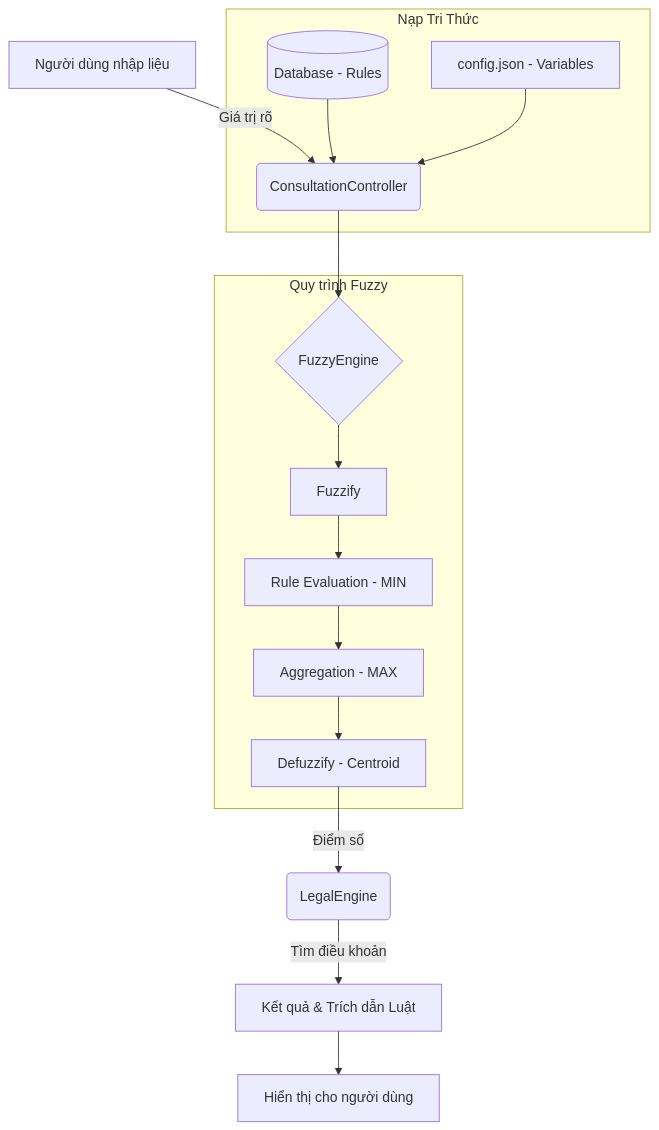
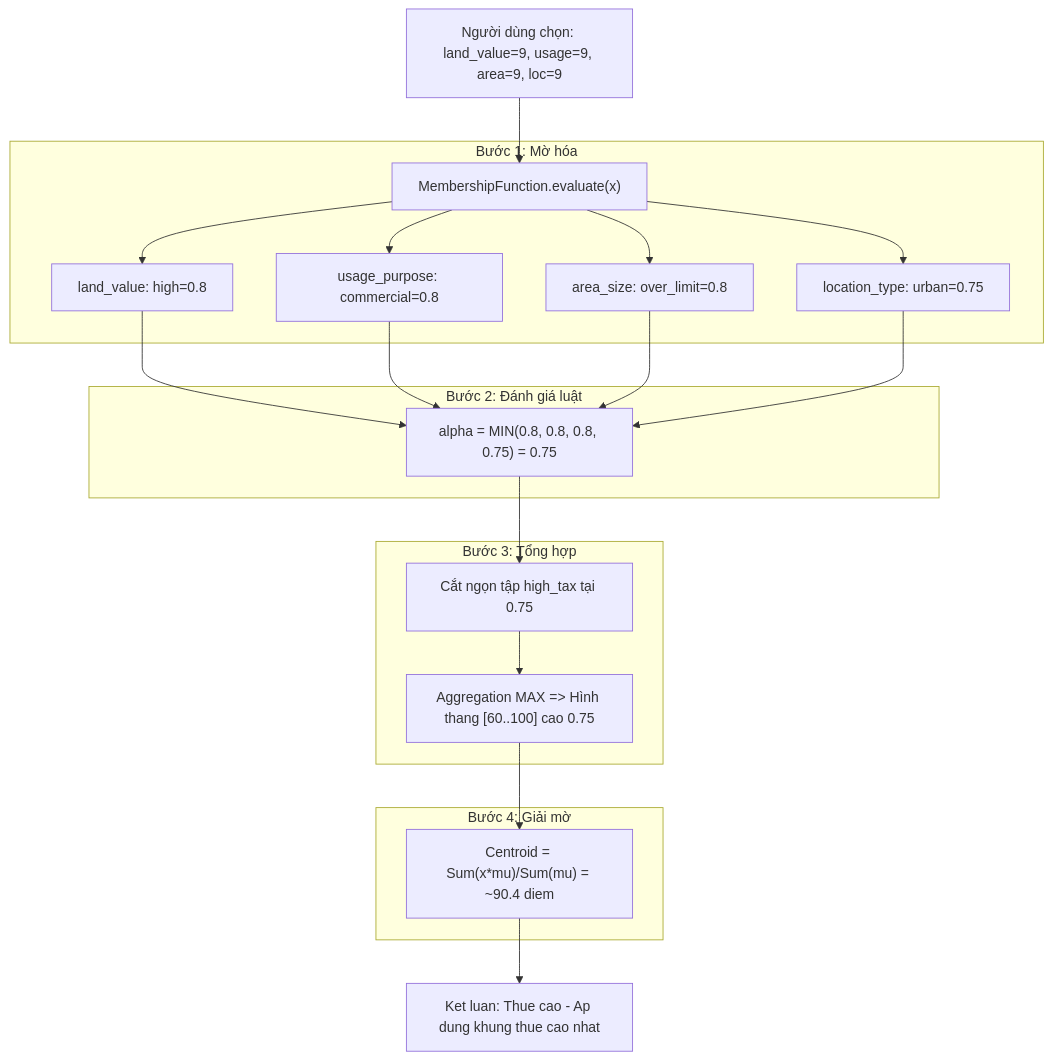
One commit to ksorkhanh/H-chuy-n-gia-t-v-n-t-ai changed the diagram in engines/LUONG_SUY_DIEN.md. Above: the diagram before and after it, drawn with Mermaid. The commit also changed other lines of this file, not shown here.

````diff
--- a/engines/LUONG_SUY_DIEN.md
+++ b/engines/LUONG_SUY_DIEN.md
@@ -83,22 +185,26 @@
 ```mermaid
 graph TD
-    A[Người dùng nhập liệu] -->|Giá trị rõ| B(ConsultationController)
-    
-    subgraph "Nạp Tri Thức"
-        C[(Database - Rules)] --> B
-        D[config.json - Variables] --> B
+    A["Người dùng chọn: land_value=9, usage=9, area=9, loc=9"] --> B
+
+    subgraph "Bước 1: Mờ hóa"
+        B["MembershipFunction.evaluate(x)"] --> C["land_value: high=0.8"]
+        B --> D["usage_purpose: commercial=0.8"]
+        B --> E["area_size: over_limit=0.8"]
+        B --> F["location_type: urban=0.75"]
     end
 
-    B --> E{FuzzyEngine}
-    
-    subgraph "Quy trình Fuzzy"
-        E --> F[Fuzzify]
-        F --> G[Rule Evaluation - MIN]
-        G --> H[Aggregation - MAX]
-        H --> I[Defuzzify - Centroid]
+    subgraph "Bước 2: Đánh giá luật"
+        C & D & E & F --> G["alpha = MIN(0.8, 0.8, 0.8, 0.75) = 0.75"]
     end
-    
-    I -->|Điểm số| J(LegalEngine)
-    J -->|Tìm điều khoản| K[Kết quả & Trích dẫn Luật]
-    K --> L[Hiển thị cho người dùng]
+
+    subgraph "Bước 3: Tổng hợp"
+        G --> H["Cắt ngọn tập high_tax tại 0.75"]
+        H --> I["Aggregation MAX => Hình thang [60..100] cao 0.75"]
+    end
+
+    subgraph "Bước 4: Giải mờ"
+        I --> J["Centroid = Sum(x*mu)/Sum(mu) = ~90.4 diem"]
+    end
+
+    J --> K["Ket luan: Thue cao - Ap dung khung thue cao nhat"]
 ```
````
